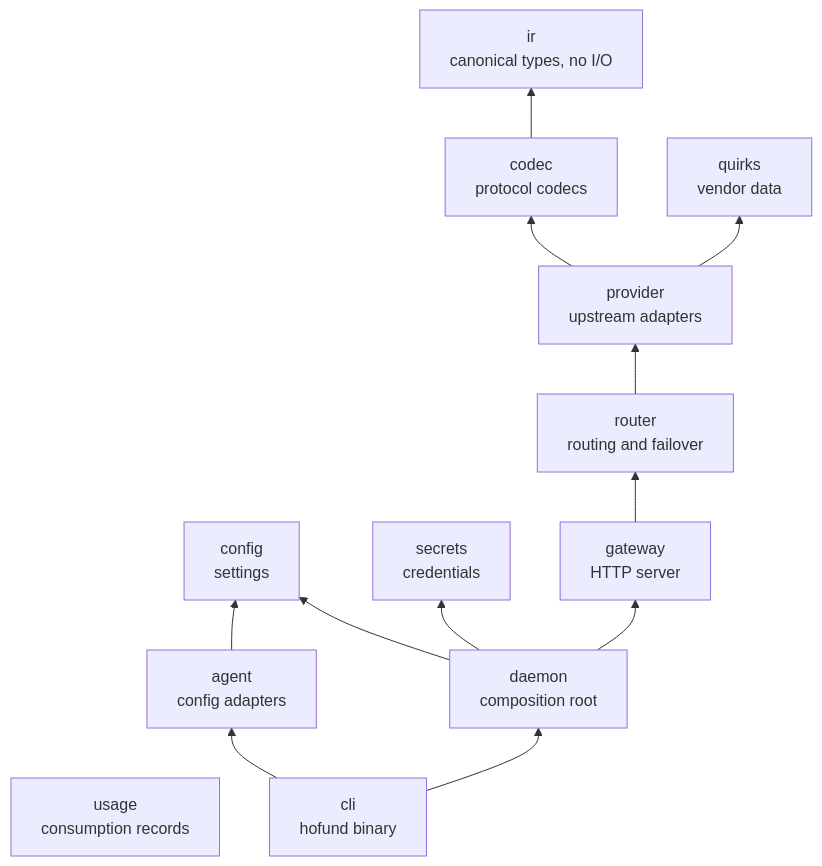
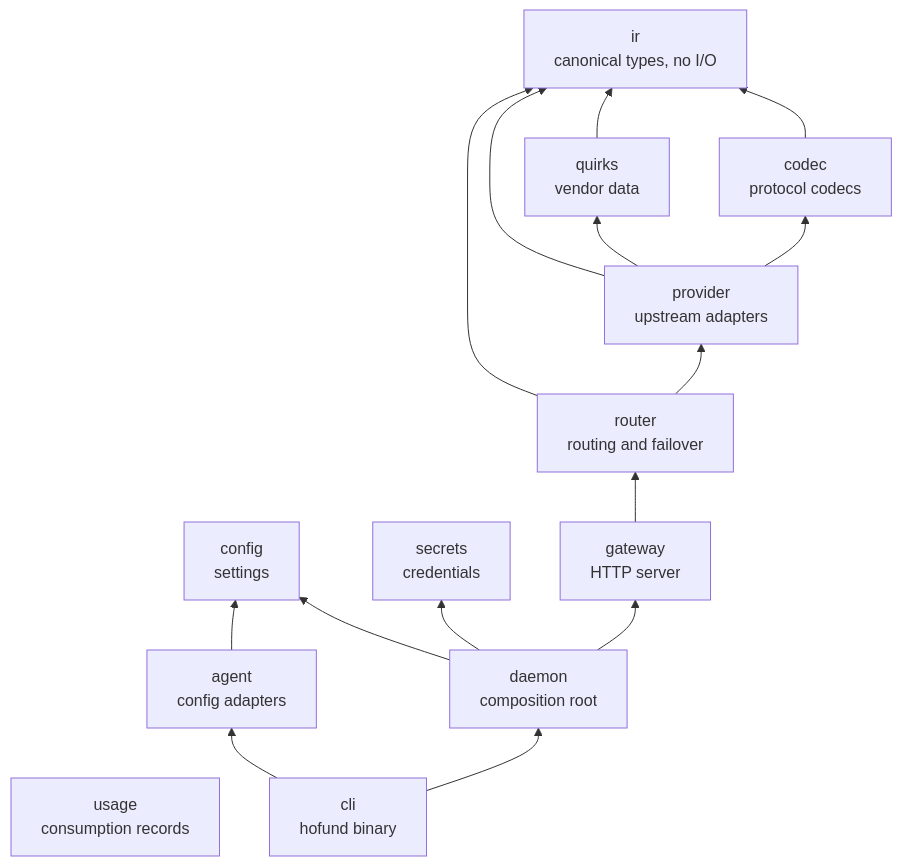
The diagram in docs/architecture.md (logibricks-io/open-heimdall-hofund), drawn with Mermaid before and after one commit. The commit also changed other lines of this file and 37 other files, not shown here.

````diff
--- a/docs/architecture.md
+++ b/docs/architecture.md
@@ -31,27 +33,30 @@
 ```mermaid
 flowchart BT
   ir["ir<br/>canonical types, no I/O"]
   codec["codec<br/>protocol codecs"]
   quirks["quirks<br/>vendor data"]
   provider["provider<br/>upstream adapters"]
   router["router<br/>routing and failover"]
   config["config<br/>settings"]
   secrets["secrets<br/>credentials"]
   usage["usage<br/>consumption records"]
   agent["agent<br/>config adapters"]
   gateway["gateway<br/>HTTP server"]
   daemon["daemon<br/>composition root"]
   cli["cli<br/>hofund binary"]
 
   codec --> ir
+  quirks --> ir
   provider --> codec
+  provider --> ir
   provider --> quirks
   router --> provider
+  router --> ir
   gateway --> router
   daemon --> gateway
   daemon --> config
   daemon --> secrets
   agent --> config
   cli --> daemon
   cli --> agent
 ```
````
